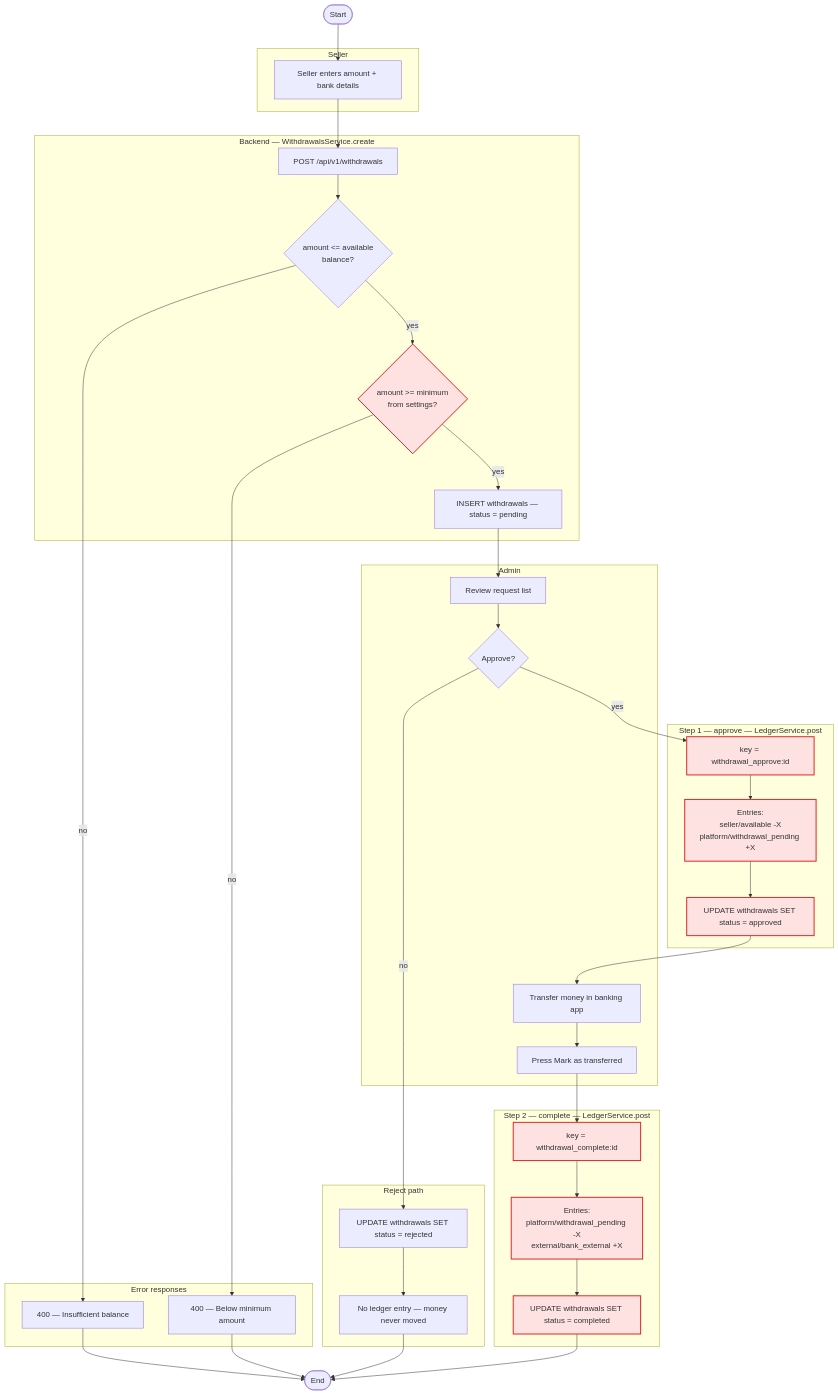
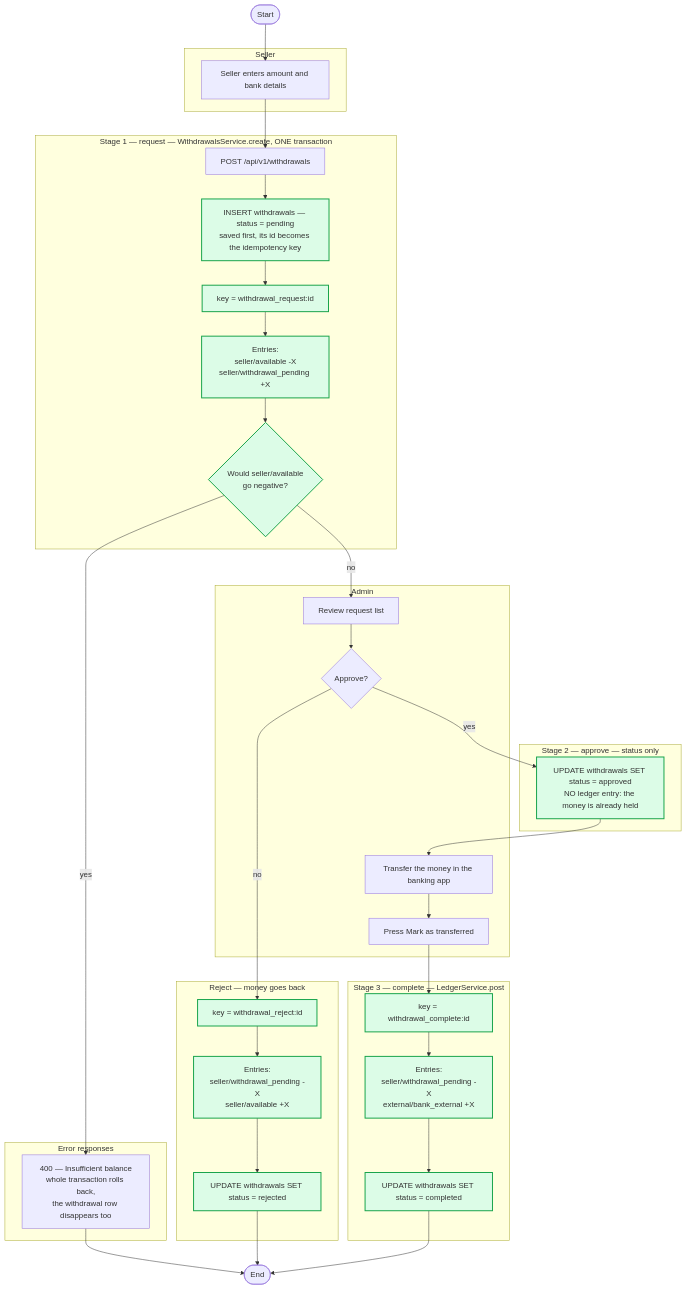
The fourth of 7 diagrams in docs/system-design/2026-08-08-activity-class-diagrams.md (tdat-dev/Zoldify_Backend), drawn with Mermaid before and after one commit. The commit also changed other lines of this file and 4 other files, not shown here.

````diff
--- a/docs/system-design/2026-08-08-activity-class-diagrams.md
+++ b/docs/system-design/2026-08-08-activity-class-diagrams.md
@@ -361,57 +364,53 @@
 ```mermaid
 flowchart TD
-    Start([Start]) --> S1["Seller enters amount + bank details"]
+    Start([Start]) --> S1["Seller enters amount and bank details"]
 
     subgraph Seller["Seller"]
         S1
     end
 
-    subgraph Req["Backend — WithdrawalsService.create"]
+    subgraph Req["Stage 1 — request — WithdrawalsService.create, ONE transaction"]
         R1["POST /api/v1/withdrawals"]
-        R2{"amount <= available<br/>balance?"}
-        R3{"amount >= minimum<br/>from settings?"}
-        R4["INSERT withdrawals — status = pending"]
+        R4["INSERT withdrawals — status = pending<br/>saved first, its id becomes the idempotency key"]
+        R5["key = withdrawal_request:id"]
+        R6["Entries:<br/>seller/available -X<br/>seller/withdrawal_pending +X"]
+        R2{"Would seller/available<br/>go negative?"}
     end
 
     subgraph Admin["Admin"]
         M1["Review request list"]
         M2{"Approve?"}
-        M3["Transfer money in banking app"]
+        M3["Transfer the money in the banking app"]
         M4["Press Mark as transferred"]
     end
 
-    subgraph Step1["Step 1 — approve — LedgerService.post"]
-        A1["key = withdrawal_approve:id"]
-        A2["Entries:<br/>seller/available -X<br/>platform/withdrawal_pending +X"]
-        A3["UPDATE withdrawals SET status = approved"]
+    subgraph Step2["Stage 2 — approve — status only"]
+        A3["UPDATE withdrawals SET status = approved<br/>NO ledger entry: the money is already held"]
     end
 
-    subgraph Step2["Step 2 — complete — LedgerService.post"]
+    subgraph Step3["Stage 3 — complete — LedgerService.post"]
         B1["key = withdrawal_complete:id"]
-        B2["Entries:<br/>platform/withdrawal_pending -X<br/>external/bank_external +X"]
+        B2["Entries:<br/>seller/withdrawal_pending -X<br/>external/bank_external +X"]
         B3["UPDATE withdrawals SET status = completed"]
     end
 
-    subgraph Rej["Reject path"]
-        J1["UPDATE withdrawals SET status = rejected"]
-        J2["No ledger entry — money never moved"]
+    subgraph Rej["Reject — money goes back"]
+        J1["key = withdrawal_reject:id"]
+        J2["Entries:<br/>seller/withdrawal_pending -X<br/>seller/available +X"]
+        J3["UPDATE withdrawals SET status = rejected"]
     end
 
     subgraph ErrW["Error responses"]
-        Y1["400 — Insufficient balance"]
-        Y2["400 — Below minimum amount"]
+        Y1["400 — Insufficient balance<br/>whole transaction rolls back,<br/>the withdrawal row disappears too"]
     end
 
-    S1 --> R1 --> R2
-    R2 -- no --> Y1 --> End([End])
-    R2 -- yes --> R3
-    R3 -- no --> Y2 --> End
-    R3 -- yes --> R4 --> M1 --> M2
-    M2 -- no --> J1 --> J2 --> End
-    M2 -- yes --> A1 --> A2 --> A3
-    A3 --> M3 --> M4
+    S1 --> R1 --> R4 --> R5 --> R6 --> R2
+    R2 -- yes --> Y1 --> End([End])
+    R2 -- no --> M1 --> M2
+    M2 -- no --> J1 --> J2 --> J3 --> End
+    M2 -- yes --> A3 --> M3 --> M4
     M4 --> B1 --> B2 --> B3 --> End
 
-    classDef todo fill:#fee2e2,stroke:#dc2626,stroke-width:2px
-    class A1,A2,A3,B1,B2,B3,R3 todo
+    classDef done fill:#dcfce7,stroke:#16a34a,stroke-width:2px
+    class R4,R5,R6,R2,A3,B1,B2,B3,J1,J2,J3 done
 ```
````
